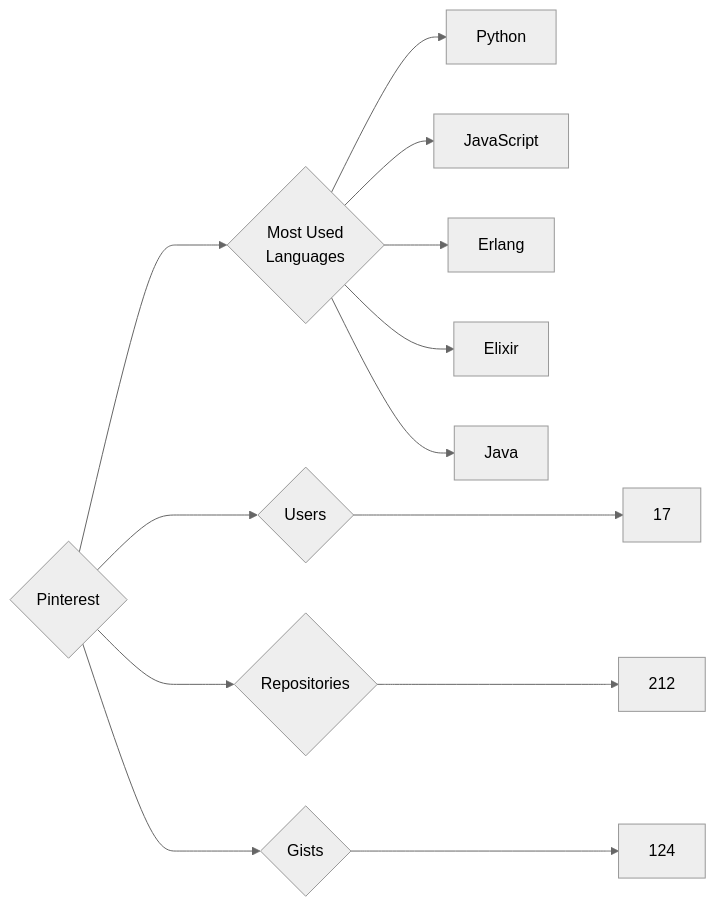
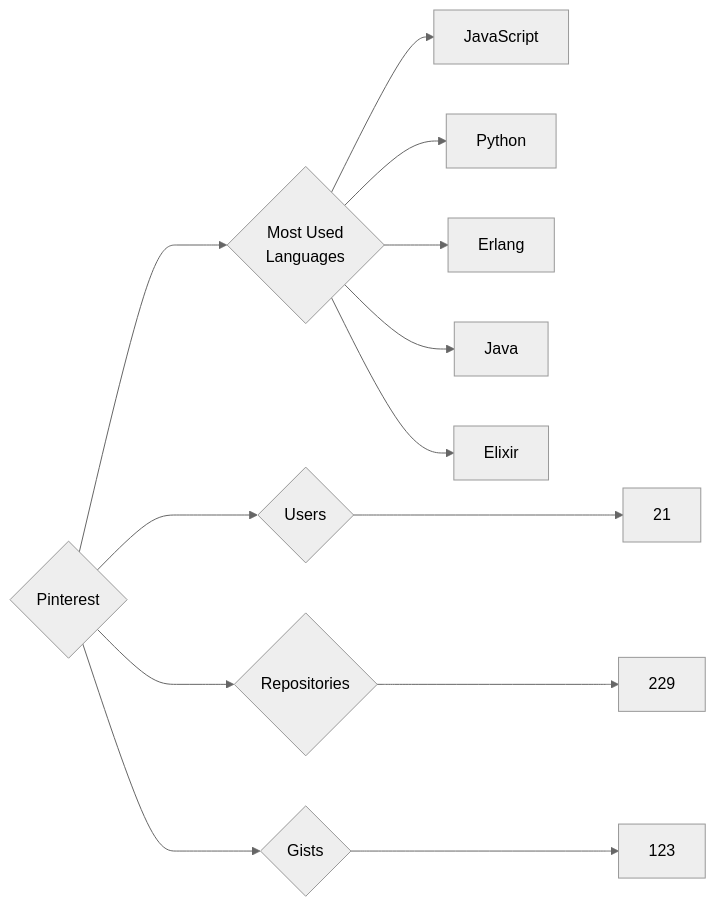
One commit to trickest/insiders changed the diagram in targets/Pinterest/README.md. Above: the diagram before and after it, drawn with Mermaid (neutral theme). The commit also changed 920 other files, not shown here.

````diff
--- a/targets/Pinterest/README.md
+++ b/targets/Pinterest/README.md
@@ -3,13 +3,13 @@
 ```mermaid
 graph LR
 COMPANY_NAME{Pinterest}
-COMPANY_NAME ---> U{Users} ---> UN[17]
-COMPANY_NAME ---> R{Repositories} ---> RN[212]
-COMPANY_NAME ---> G{Gists} ---> GN[124]
+COMPANY_NAME ---> U{Users} ---> UN[21]
+COMPANY_NAME ---> R{Repositories} ---> RN[229]
+COMPANY_NAME ---> G{Gists} ---> GN[123]
 COMPANY_NAME ---> ML{Most Used<br>Languages}
+ML --> JavaScript[JavaScript]
 ML --> Python[Python]
-ML --> JavaScript[JavaScript]
 ML --> Erlang[Erlang]
+ML --> Java[Java]
 ML --> Elixir[Elixir]
-ML --> Java[Java]
 ```
````
